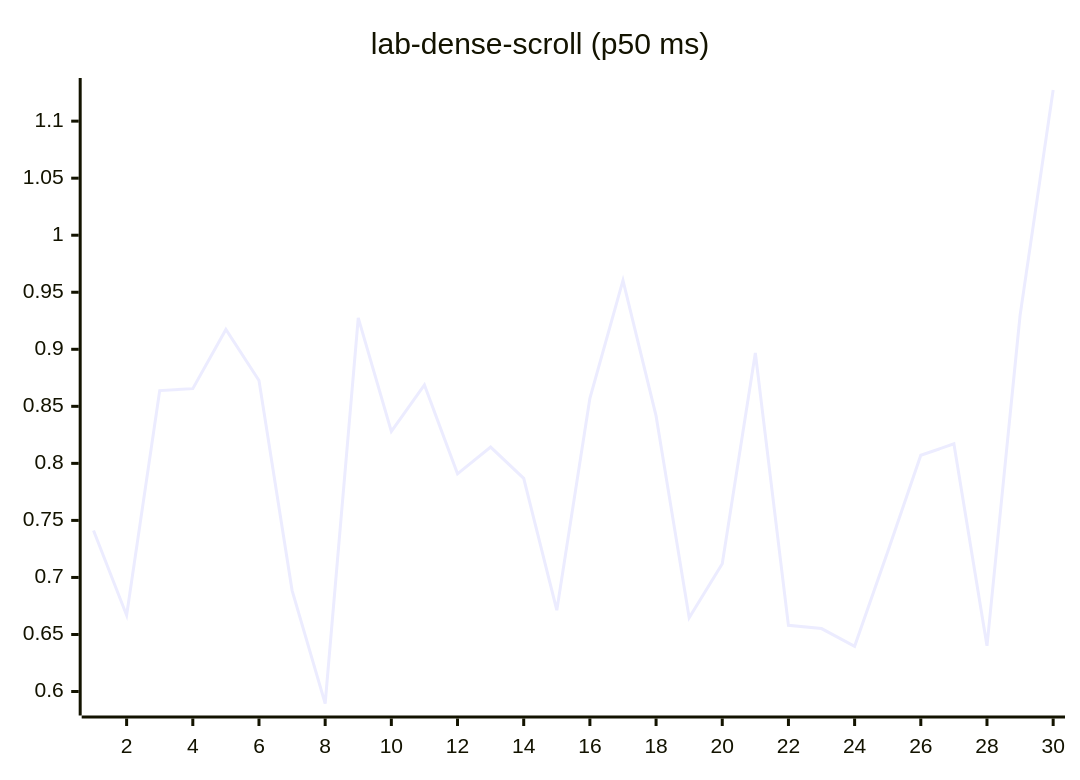
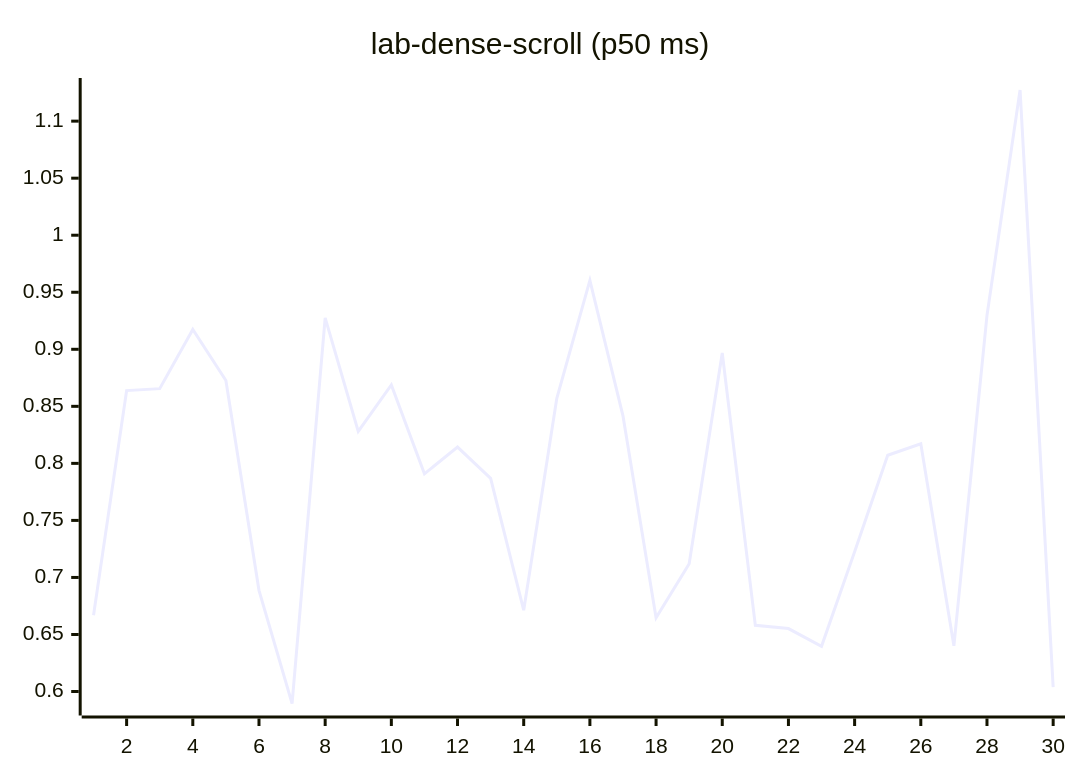
Diagram 12 of 27 in README.md (josha/Facet), drawn with Mermaid before and after one commit. The commit also changed other lines of this file and 2 other files, not shown here.

````diff
--- a/README.md
+++ b/README.md
@@ -140,6 +140,6 @@
 ```mermaid
 xychart-beta
     title "lab-dense-scroll (p50 ms)"
     x-axis 1 --> 30
-    line [0.7412, 0.6669, 0.8638, 0.8655, 0.9174, 0.8727, 0.6887, 0.5895, 0.9275, 0.8280, 0.8687, 0.7908, 0.8143, 0.7869, 0.6713, 0.8570, 0.9604, 0.8416, 0.6647, 0.7120, 0.8968, 0.6580, 0.6552, 0.6397, 0.7226, 0.8071, 0.8171, 0.6401, 0.9297, 1.1273]
+    line [0.6669, 0.8638, 0.8655, 0.9174, 0.8727, 0.6887, 0.5895, 0.9275, 0.8280, 0.8687, 0.7908, 0.8143, 0.7869, 0.6713, 0.8570, 0.9604, 0.8416, 0.6647, 0.7120, 0.8968, 0.6580, 0.6552, 0.6397, 0.7226, 0.8071, 0.8171, 0.6401, 0.9297, 1.1273, 0.6038]
 ```
````
